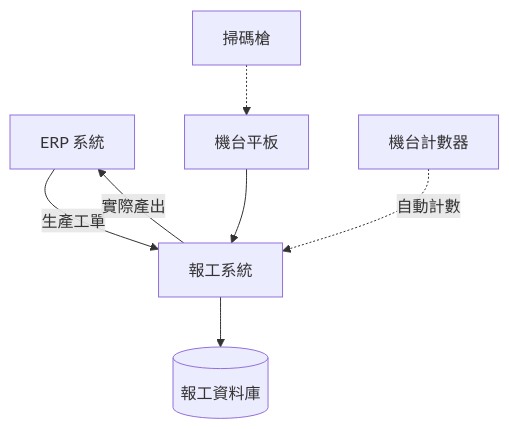
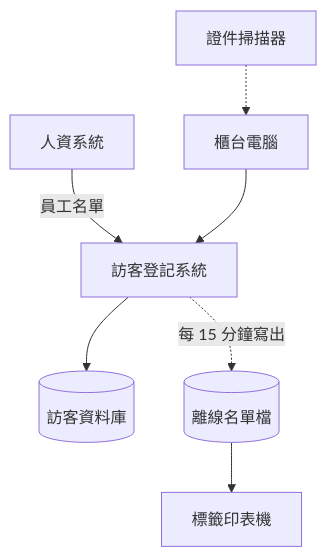
One commit to billy1125/system-analysis-and-design changed the second of 2 diagrams in 01-Course-Materials/08-System-Architecture.md. Above: the diagram before and after it, drawn with Mermaid. The commit also changed other lines of this file and 30 other files, not shown here.

````diff
--- a/01-Course-Materials/08-System-Architecture.md
+++ b/01-Course-Materials/08-System-Architecture.md
@@ -98,16 +98,17 @@
 ```mermaid
 flowchart TB
-    ERP[ERP 系統]
-    APP[報工系統]
-    DB[(報工資料庫)]
-    U1[機台平板]
-    SCAN[掃碼槍]
-    PLC[機台計數器]
+    HR[人資系統]
+    APP[訪客登記系統]
+    DB[(訪客資料庫)]
+    U1[櫃台電腦]
+    SCAN[證件掃描器]
+    PR[標籤印表機]
+    LF[(離線名單檔)]
 
-    ERP -->|生產工單| APP
-    APP -->|實際產出| ERP
+    HR -->|員工名單| APP
     U1 --> APP
     SCAN -.-> U1
-    PLC -.->|自動計數| APP
+    APP -.->|每 15 分鐘寫出| LF
+    LF --> PR
     APP --> DB
 ```
````
